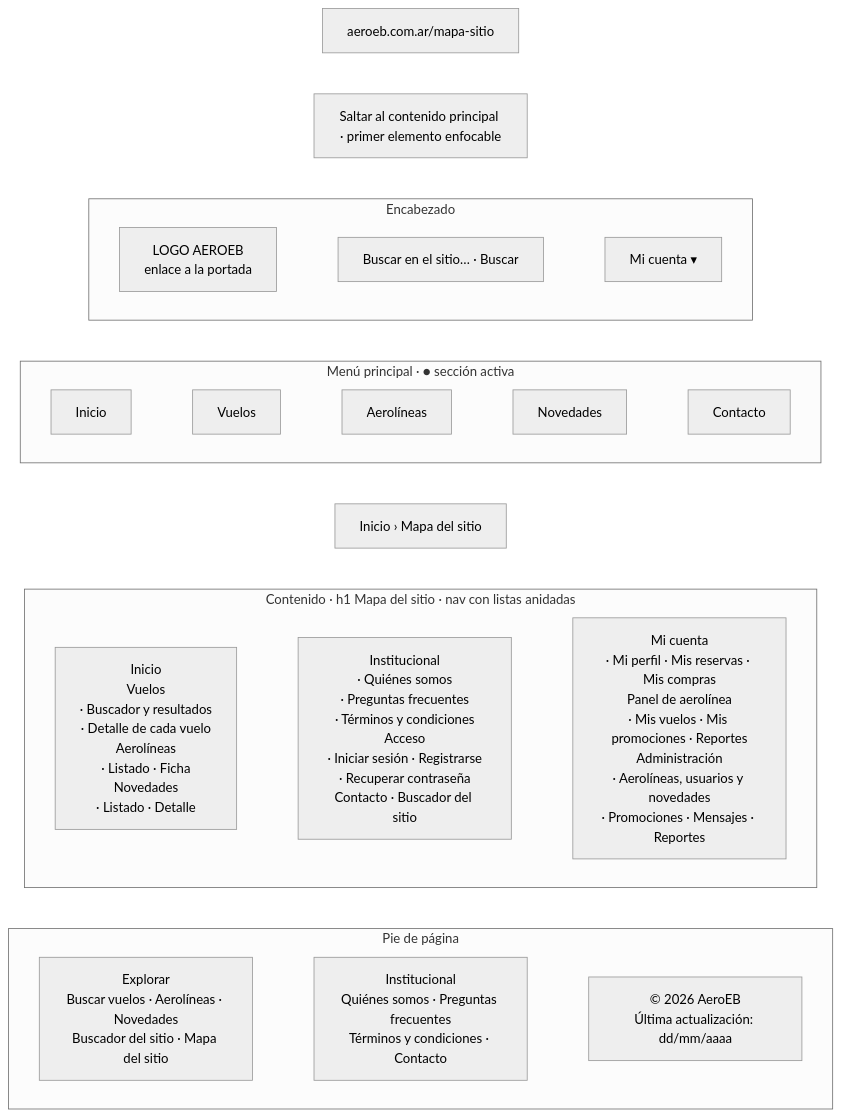
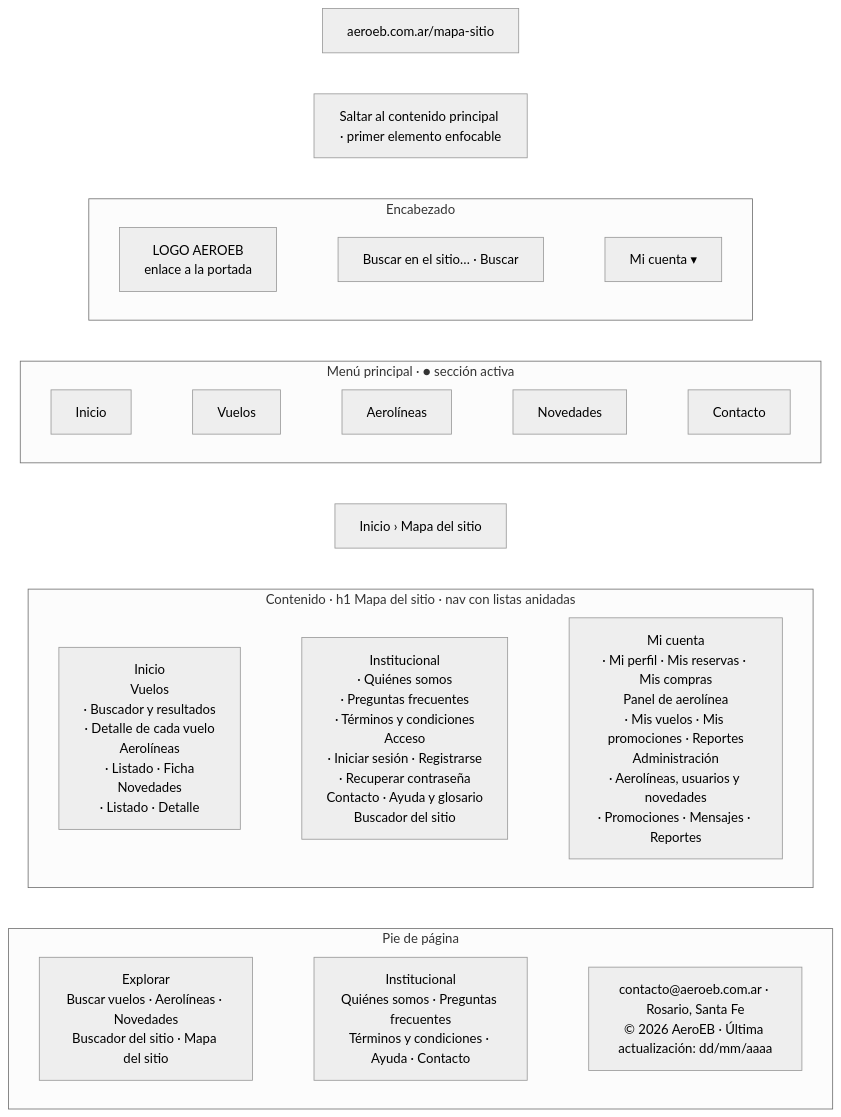
One commit to tizimessina/entornos-graficos-messina-costantini-burgos-beccaria changed diagram 12 of 12 in docs/bocetos/01-wireframes/README.md. Above: the diagram before and after it, drawn with Mermaid. The commit also changed other lines of this file and 15 other files, not shown here.

````diff
--- a/docs/bocetos/01-wireframes/README.md
+++ b/docs/bocetos/01-wireframes/README.md
@@ -429,24 +430,24 @@
 ```mermaid
 %%{init: {'theme': 'neutral'}}%%
 flowchart TB
     url["aeroeb.com.ar/mapa-sitio"]
     salto["Saltar al contenido principal · primer elemento enfocable"]
     subgraph enc["Encabezado"]
         direction LR
         logo["LOGO AEROEB<br/>enlace a la portada"] ~~~ buscador["Buscar en el sitio… · Buscar"] ~~~ cuenta["Mi cuenta ▾"]
     end
     subgraph menu["Menú principal · ● sección activa"]
         direction LR
         m0["Inicio"] ~~~ m1["Vuelos"] ~~~ m2["Aerolíneas"] ~~~ m3["Novedades"] ~~~ m4["Contacto"]
     end
     migas["Inicio › Mapa del sitio"]
     subgraph cont["Contenido · h1 Mapa del sitio · nav con listas anidadas"]
         direction LR
-        c1["Inicio<br/>Vuelos<br/>· Buscador y resultados<br/>· Detalle de cada vuelo<br/>Aerolíneas<br/>· Listado · Ficha<br/>Novedades<br/>· Listado · Detalle"] ~~~ c2["Institucional<br/>· Quiénes somos<br/>· Preguntas frecuentes<br/>· Términos y condiciones<br/>Acceso<br/>· Iniciar sesión · Registrarse<br/>· Recuperar contraseña<br/>Contacto · Buscador del sitio"] ~~~ c3["Mi cuenta<br/>· Mi perfil · Mis reservas · Mis compras<br/>Panel de aerolínea<br/>· Mis vuelos · Mis promociones · Reportes<br/>Administración<br/>· Aerolíneas, usuarios y novedades<br/>· Promociones · Mensajes · Reportes"]
+        c1["Inicio<br/>Vuelos<br/>· Buscador y resultados<br/>· Detalle de cada vuelo<br/>Aerolíneas<br/>· Listado · Ficha<br/>Novedades<br/>· Listado · Detalle"] ~~~ c2["Institucional<br/>· Quiénes somos<br/>· Preguntas frecuentes<br/>· Términos y condiciones<br/>Acceso<br/>· Iniciar sesión · Registrarse<br/>· Recuperar contraseña<br/>Contacto · Ayuda y glosario<br/>Buscador del sitio"] ~~~ c3["Mi cuenta<br/>· Mi perfil · Mis reservas · Mis compras<br/>Panel de aerolínea<br/>· Mis vuelos · Mis promociones · Reportes<br/>Administración<br/>· Aerolíneas, usuarios y novedades<br/>· Promociones · Mensajes · Reportes"]
     end
     subgraph pie["Pie de página"]
         direction LR
-        explorar["Explorar<br/>Buscar vuelos · Aerolíneas · Novedades<br/>Buscador del sitio · Mapa del sitio"] ~~~ institucional["Institucional<br/>Quiénes somos · Preguntas frecuentes<br/>Términos y condiciones · Contacto"] ~~~ legal["© 2026 AeroEB<br/>Última actualización: dd/mm/aaaa"]
+        explorar["Explorar<br/>Buscar vuelos · Aerolíneas · Novedades<br/>Buscador del sitio · Mapa del sitio"] ~~~ institucional["Institucional<br/>Quiénes somos · Preguntas frecuentes<br/>Términos y condiciones · Ayuda · Contacto"] ~~~ legal["contacto@aeroeb.com.ar · Rosario, Santa Fe<br/>© 2026 AeroEB · Última actualización: dd/mm/aaaa"]
     end
     url ~~~ salto ~~~ enc ~~~ menu ~~~ migas ~~~ cont ~~~ pie
 ```
````
